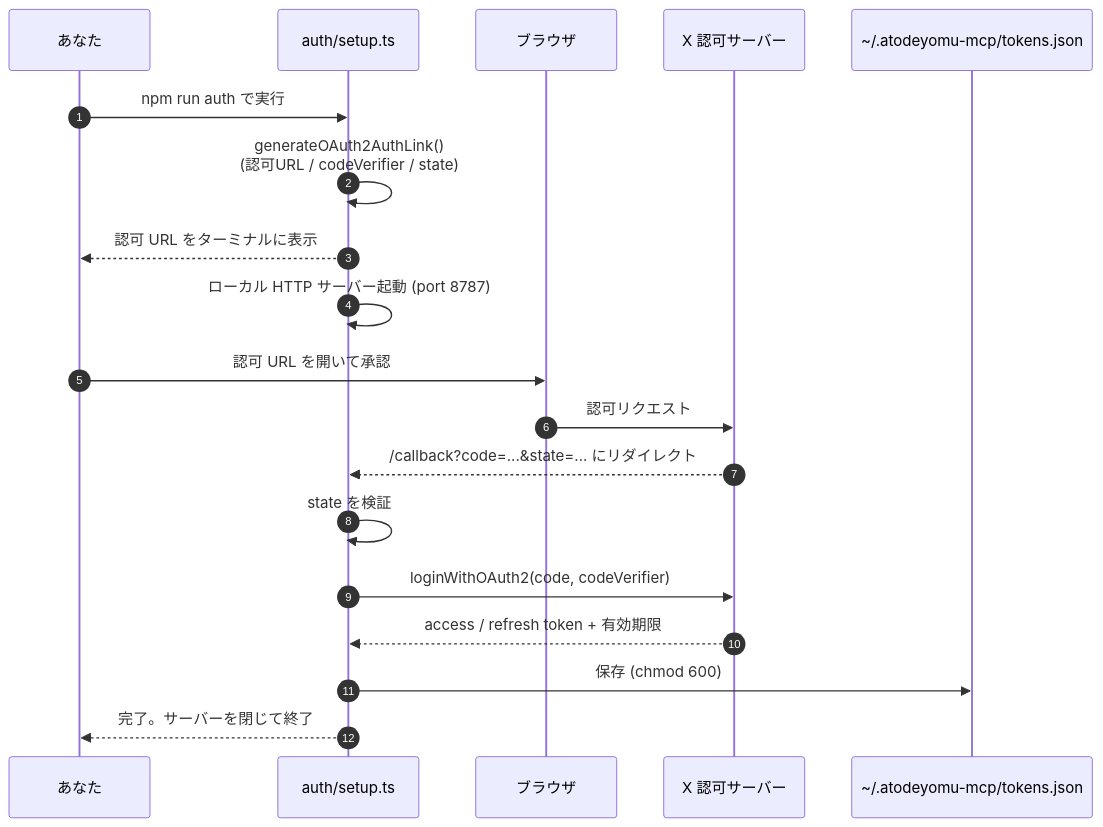
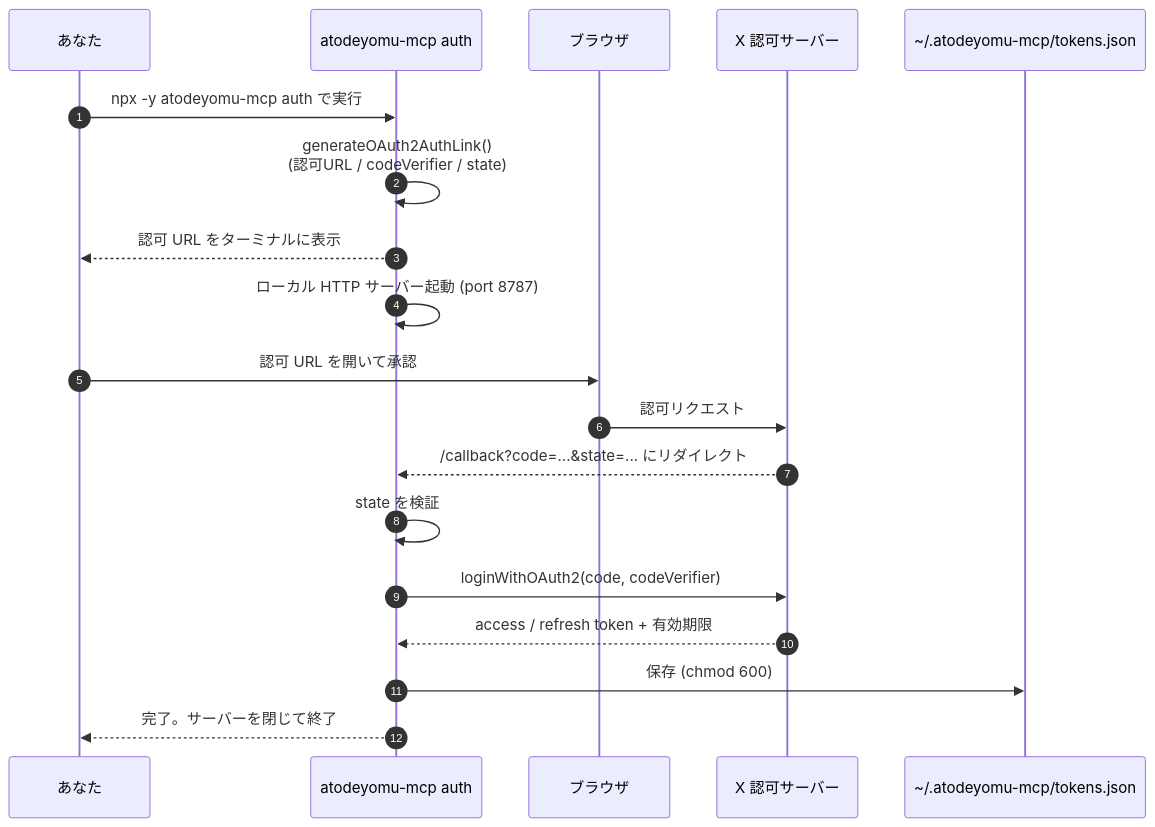
One commit to kkk2jp/atodeyomu-mcp changed the fifth of 5 diagrams in docs/SPEC.md. Above: the diagram before and after it, drawn with Mermaid. The commit also changed other lines of this file and 9 other files, not shown here.

First line of the commit message:
feat: implement OAuth 2.0 PKCE flow for Twitter API authentication

````diff
--- a/docs/SPEC.md
+++ b/docs/SPEC.md
@@ -171,22 +171,22 @@
 ```mermaid
 sequenceDiagram
     autonumber
     participant U as あなた
-    participant S as auth/setup.ts
+    participant S as atodeyomu-mcp auth
     participant B as ブラウザ
     participant X as X 認可サーバー
     participant TK as ~/.atodeyomu-mcp/tokens.json
 
-    U->>S: npm run auth で実行
+    U->>S: npx -y atodeyomu-mcp auth で実行
     S->>S: generateOAuth2AuthLink()<br/>(認可URL / codeVerifier / state)
     S-->>U: 認可 URL をターミナルに表示
     S->>S: ローカル HTTP サーバー起動 (port 8787)
     U->>B: 認可 URL を開いて承認
     B->>X: 認可リクエスト
     X-->>S: /callback?code=...&state=... にリダイレクト
     S->>S: state を検証
     S->>X: loginWithOAuth2(code, codeVerifier)
     X-->>S: access / refresh token + 有効期限
     S->>TK: 保存 (chmod 600)
     S-->>U: 完了。サーバーを閉じて終了
 ```
````
